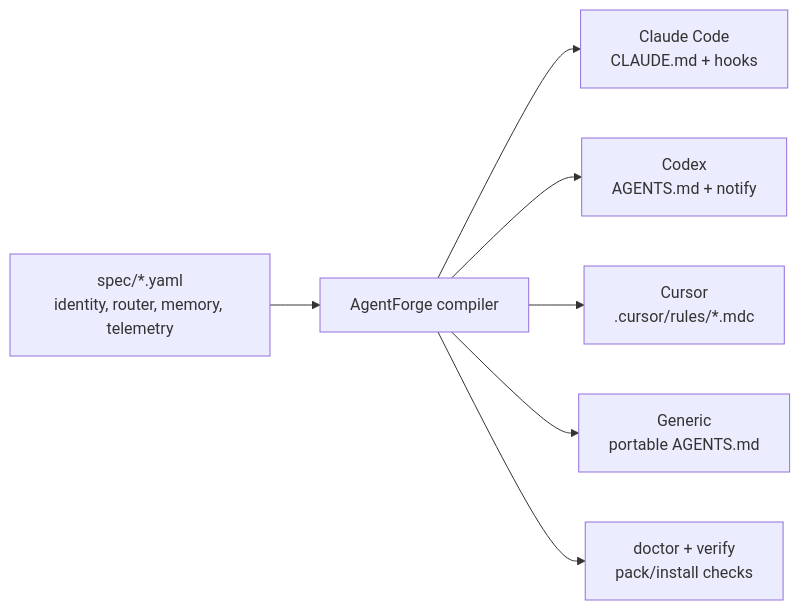
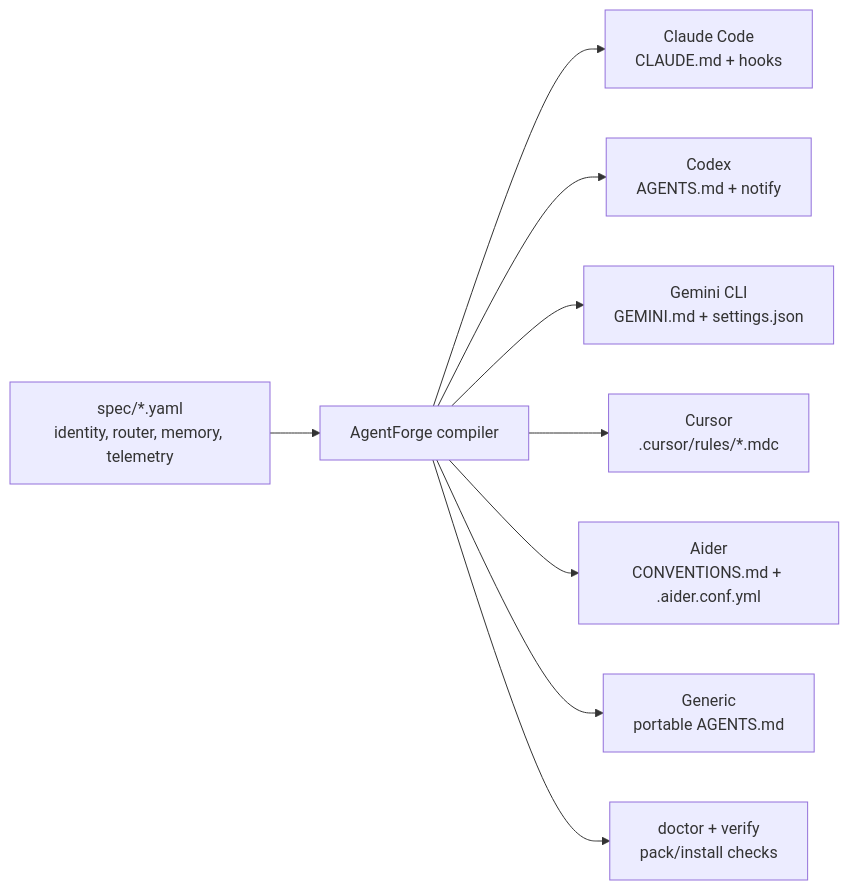
One commit to KM-it-ops/AgentForge changed the diagram in README.md. Above: the diagram before and after it, drawn with Mermaid. The commit also changed other lines of this file and 25 other files, not shown here.

First line of the commit message:
feat(adapters): add gemini-cli + aider adapters (#9)

````diff
--- a/README.md
+++ b/README.md
@@ -48,9 +48,11 @@
 ```mermaid
 flowchart LR
   Spec["spec/*.yaml<br/>identity, router, memory, telemetry"] --> Compiler["AgentForge compiler"]
   Compiler --> Claude["Claude Code<br/>CLAUDE.md + hooks"]
   Compiler --> Codex["Codex<br/>AGENTS.md + notify"]
+  Compiler --> Gemini["Gemini CLI<br/>GEMINI.md + settings.json"]
   Compiler --> Cursor["Cursor<br/>.cursor/rules/*.mdc"]
+  Compiler --> Aider["Aider<br/>CONVENTIONS.md + .aider.conf.yml"]
   Compiler --> Generic["Generic<br/>portable AGENTS.md"]
   Compiler --> Proof["doctor + verify<br/>pack/install checks"]
 ```
````
